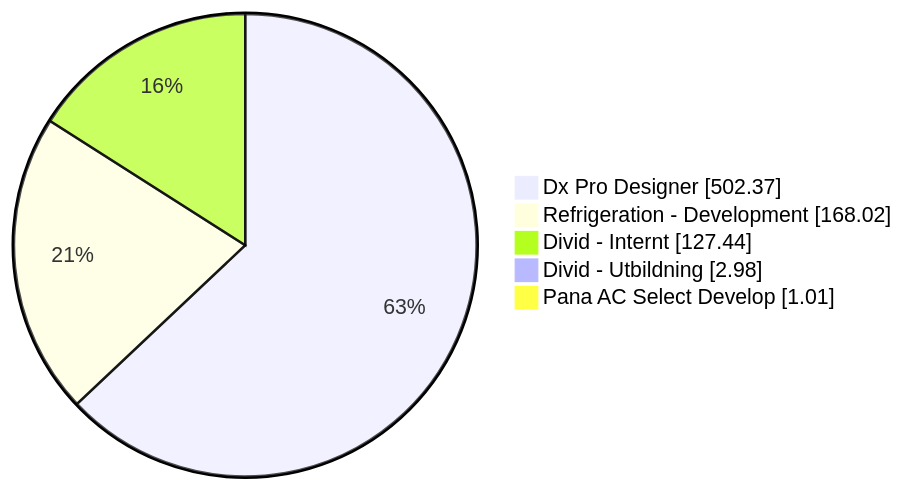
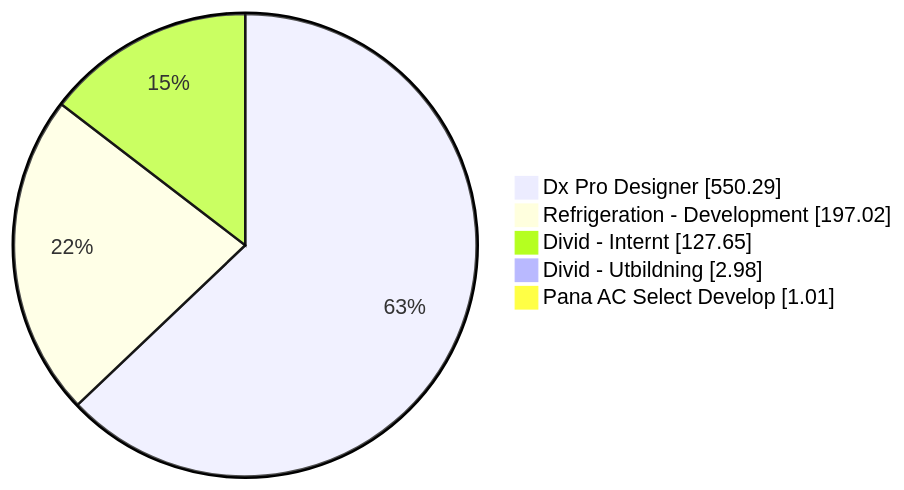
The first of 5 diagrams in README.org (albinforsberg-netizen/timeclock), drawn with Mermaid before and after one commit. The commit also changed other lines of this file, not shown here.

```diff
--- a/README.org
+++ b/README.org
@@ -32,8 +32,8 @@
 #+begin_src mermaid
 pie showData
-    "Dx Pro Designer" : 502.37
-    "Refrigeration - Development" : 168.02
-    "Divid - Internt" : 127.44
+    "Dx Pro Designer" : 550.29
+    "Refrigeration - Development" : 197.02
+    "Divid - Internt" : 127.65
     "Divid - Utbildning" : 2.98
     "Pana AC Select Develop" : 1.01
 #+end_src
```
